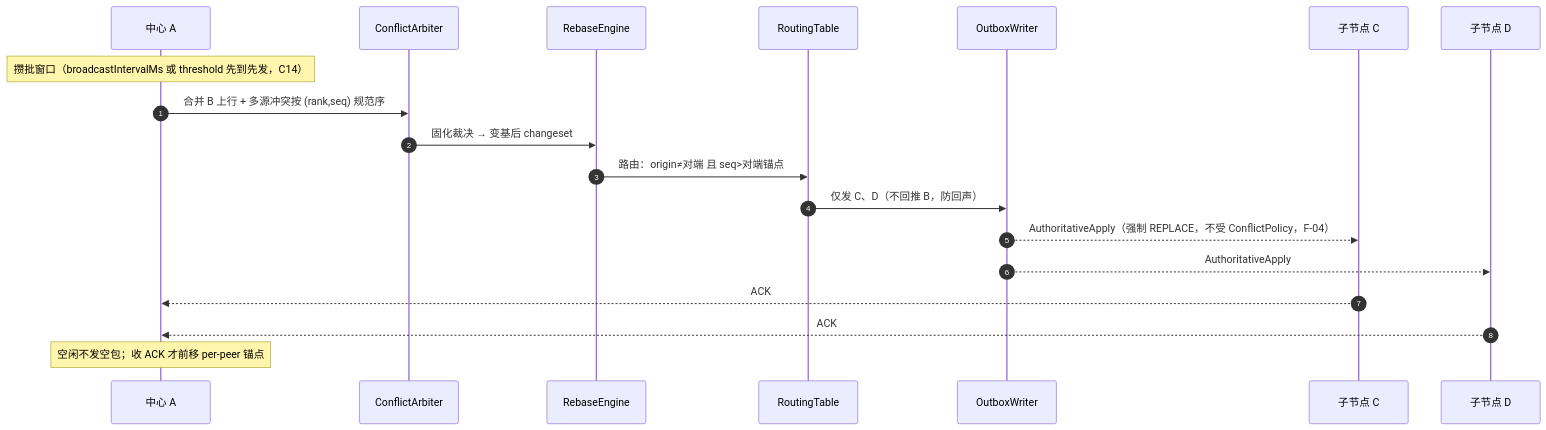
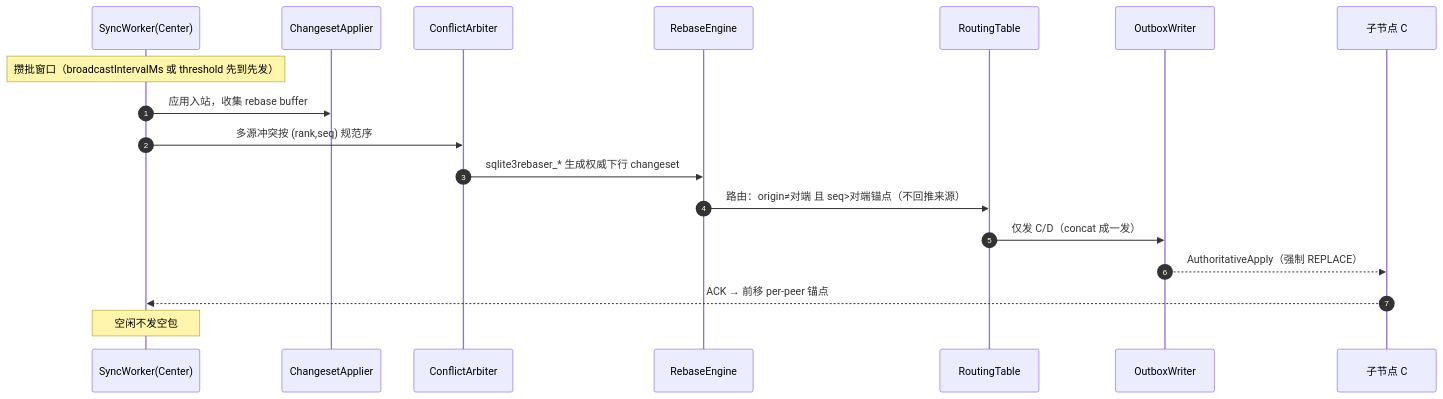
One commit to 055liufl/excelproject changed the eighth of 12 diagrams in specs/SQLite-同步工具-设计文档.md. Above: the diagram before and after it, drawn with Mermaid. The commit also changed other lines of this file, not shown here.

````diff
--- a/specs/SQLite-同步工具-设计文档.md
+++ b/specs/SQLite-同步工具-设计文档.md
@@ -741,22 +757,21 @@
 ```mermaid
 sequenceDiagram
     autonumber
-    participant Center as 中心 A
+    participant WK as SyncWorker(Center)
+    participant A1 as ChangesetApplier
     participant ARB as ConflictArbiter
     participant RB as RebaseEngine
     participant RT as RoutingTable
     participant OUT as OutboxWriter
     participant C as 子节点 C
-    participant D as 子节点 D
 
-    Note over Center: 攒批窗口（broadcastIntervalMs 或 threshold 先到先发，C14）
-    Center->>ARB: 合并 B 上行 + 多源冲突按 (rank,seq) 规范序
-    ARB->>RB: 固化裁决 → 变基后 changeset
-    RB->>RT: 路由：origin≠对端 且 seq>对端锚点
-    RT->>OUT: 仅发 C、D（不回推 B，防回声）
-    OUT-->>C: AuthoritativeApply（强制 REPLACE，不受 ConflictPolicy，F-04）
-    OUT-->>D: AuthoritativeApply
-    C-->>Center: ACK
-    D-->>Center: ACK
-    Note over Center: 空闲不发空包；收 ACK 才前移 per-peer 锚点
+    Note over WK: 攒批窗口（broadcastIntervalMs 或 threshold 先到先发）
+    WK->>A1: 应用入站，收集 rebase buffer
+    WK->>ARB: 多源冲突按 (rank,seq) 规范序
+    ARB->>RB: sqlite3rebaser_* 生成权威下行 changeset
+    RB->>RT: 路由：origin≠对端 且 seq>对端锚点（不回推来源）
+    RT->>OUT: 仅发 C/D（concat 成一发）
+    OUT-->>C: AuthoritativeApply（强制 REPLACE）
+    C-->>WK: ACK → 前移 per-peer 锚点
+    Note over WK: 空闲不发空包
 ```
````
